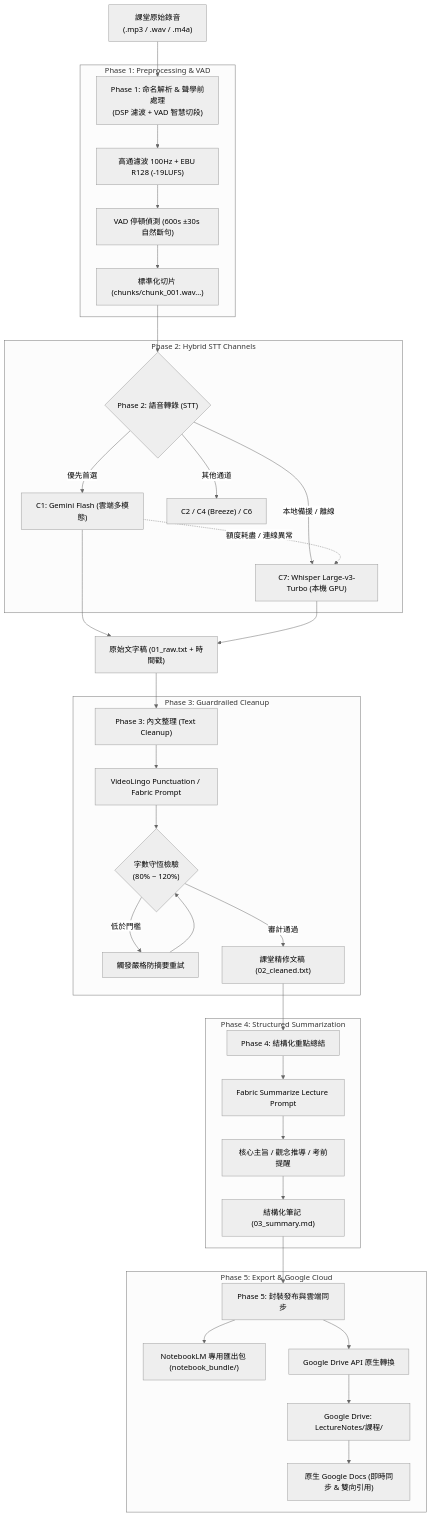
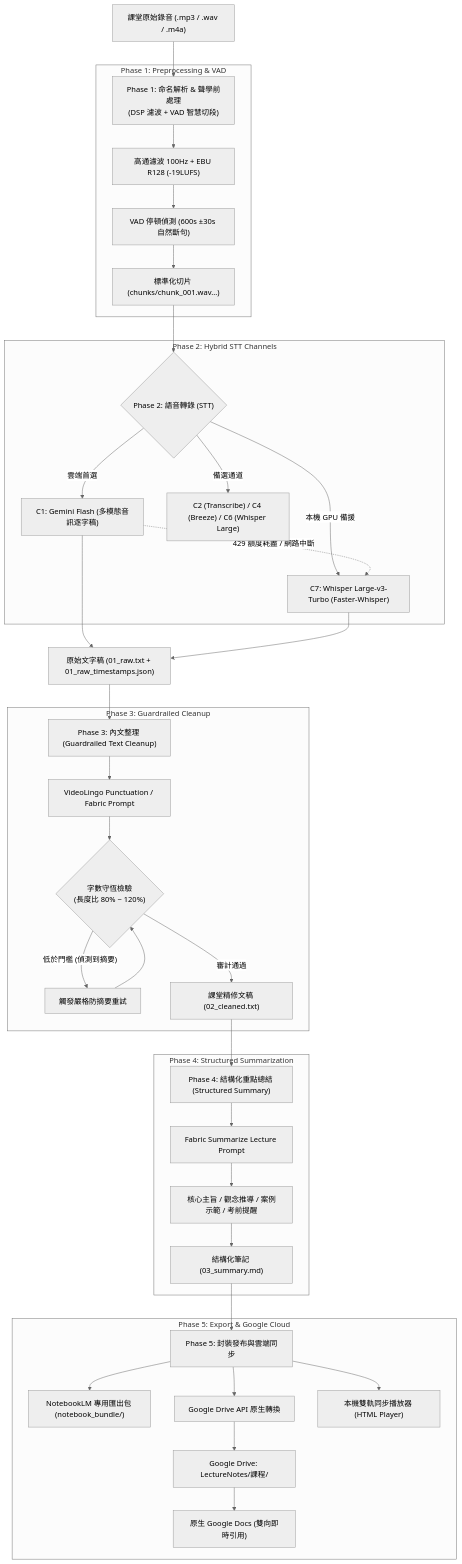
The diagram in README.md (Senrinel/lecture-digest-sync), drawn with Mermaid (neutral theme) before and after one commit. The commit also changed other lines of this file and 2 other files, not shown here.

````diff
--- a/README.md
+++ b/README.md
@@ -70,49 +69,50 @@
 ```mermaid
 flowchart TD
-    A["課堂原始錄音<br/>(.mp3 / .wav / .m4a)"] --> B["Phase 1: 命名解析 & 聲學前處理<br/>(DSP 濾波 + VAD 智慧切段)"]
+    A["課堂原始錄音 (.mp3 / .wav / .m4a)"] --> B["Phase 1: 命名解析 & 聲學前處理<br/>(DSP 濾波 + VAD 智慧切段)"]
     
     subgraph S1["Phase 1: Preprocessing & VAD"]
         B --> B1["高通濾波 100Hz + EBU R128 (-19LUFS)"]
         B1 --> B2["VAD 停頓偵測 (600s ±30s 自然斷句)"]
         B2 --> B3["標準化切片 (chunks/chunk_001.wav...)"]
     end
     
     B3 --> C{"Phase 2: 語音轉錄 (STT)"}
     
     subgraph S2["Phase 2: Hybrid STT Channels"]
-        C -->|"優先首選"| C1["C1: Gemini Flash (雲端多模態)"]
-        C -->|"本地備援 / 離線"| C7["C7: Whisper Large-v3-Turbo (本機 GPU)"]
-        C -->|"其他通道"| CX["C2 / C4 (Breeze) / C6"]
-        C1 -.->|"額度耗盡 / 連線異常"| C7
+        C -->|"雲端首選"| C1["C1: Gemini Flash (多模態音訊逐字稿)"]
+        C -->|"本機 GPU 備援"| C7["C7: Whisper Large-v3-Turbo (Faster-Whisper)"]
+        C -->|"備選通道"| CX["C2 (Transcribe) / C4 (Breeze) / C6 (Whisper Large)"]
+        C1 -.->|"429 額度耗盡 / 網路中斷"| C7
     end
     
-    C1 --> D["原始文字稿 (01_raw.txt + 時間戳)"]
+    C1 --> D["原始文字稿 (01_raw.txt + 01_raw_timestamps.json)"]
     C7 --> D
     
-    D --> E["Phase 3: 內文整理 (Text Cleanup)"]
+    D --> E["Phase 3: 內文整理 (Guardrailed Text Cleanup)"]
     
     subgraph S3["Phase 3: Guardrailed Cleanup"]
         E --> E1["VideoLingo Punctuation / Fabric Prompt"]
-        E1 --> E2{"字數守恆檢驗<br/>(80% ~ 120%)"}
-        E2 -->|"低於門檻"| E3["觸發嚴格防摘要重試"]
+        E1 --> E2{"字數守恆檢驗<br/>(長度比 80% ~ 120%)"}
+        E2 -->|"低於門檻 (偵測到摘要)"| E3["觸發嚴格防摘要重試"]
         E3 --> E2
         E2 -->|"審計通過"| E4["課堂精修文稿 (02_cleaned.txt)"]
     end
     
-    E4 --> F["Phase 4: 結構化重點總結"]
+    E4 --> F["Phase 4: 結構化重點總結 (Structured Summary)"]
     
     subgraph S4["Phase 4: Structured Summarization"]
         F --> F1["Fabric Summarize Lecture Prompt"]
-        F1 --> F2["核心主旨 / 觀念推導 / 考前提醒"]
+        F1 --> F2["核心主旨 / 觀念推導 / 案例示範 / 考前提醒"]
         F2 --> F3["結構化筆記 (03_summary.md)"]
     end
     
     F3 --> G["Phase 5: 封裝發布與雲端同步"]
     
     subgraph S5["Phase 5: Export & Google Cloud"]
         G --> G1["NotebookLM 專用匯出包 (notebook_bundle/)"]
         G --> G2["Google Drive API 原生轉換"]
         G2 --> G3["Google Drive: LectureNotes/課程/"]
-        G3 --> G4["原生 Google Docs (即時同步 & 雙向引用)"]
+        G3 --> G4["原生 Google Docs (雙向即時引用)"]
+        G --> G5["本機雙軌同步播放器 (HTML Player)"]
     end
 ```
````
